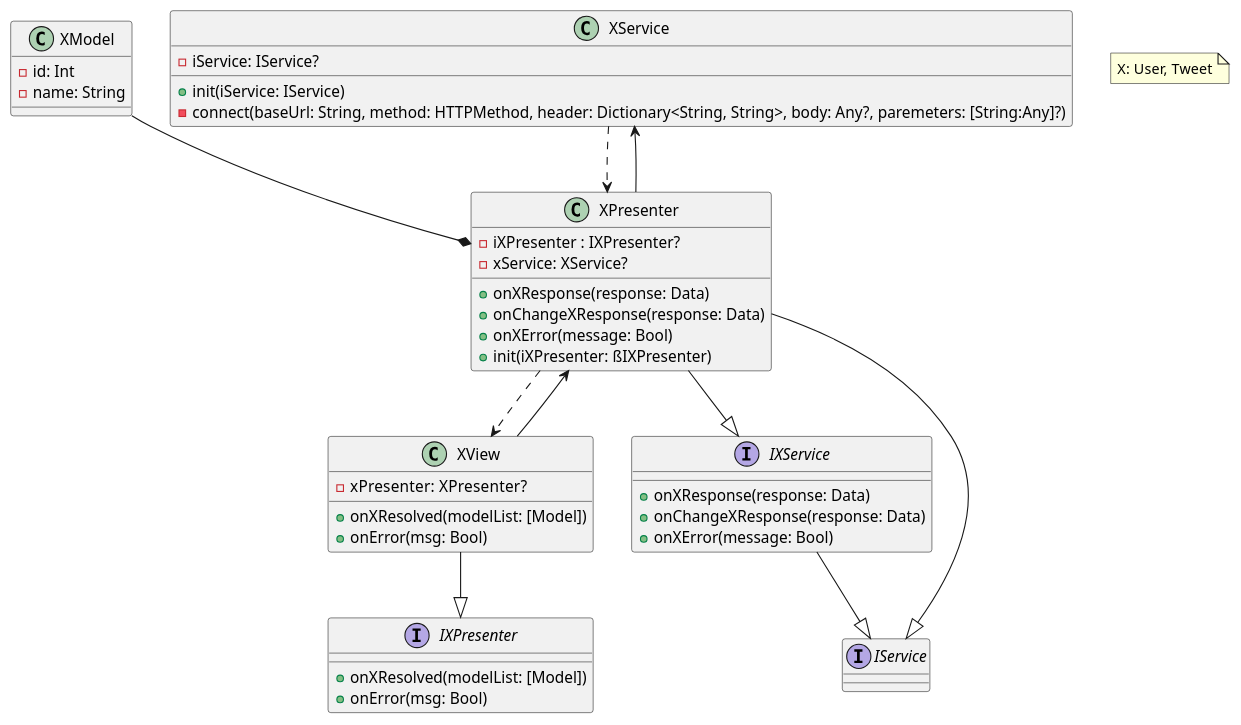
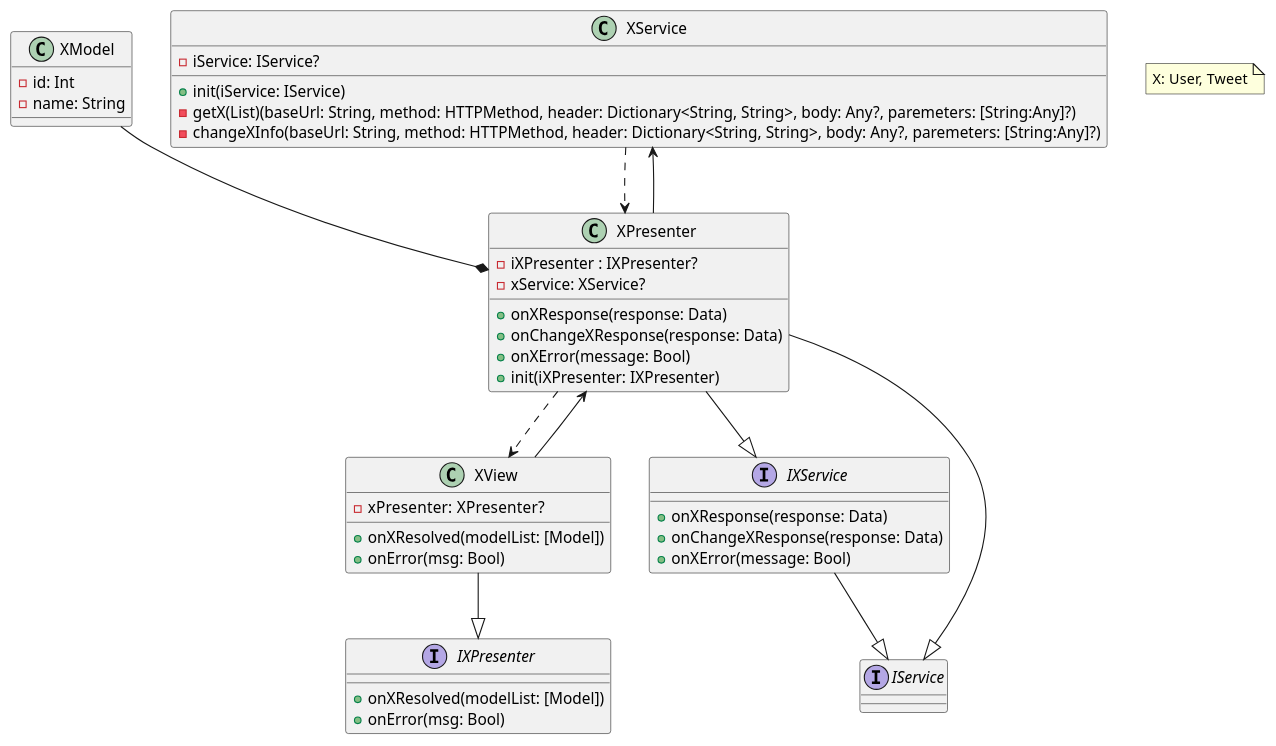
One commit to ahmettuztasi/TwitterAppMVP changed the diagram in TwitterAppMVP/Diagrams/classDiagram.md. Above: the diagram before and after it, drawn with PlantUML. The commit also changed 4 other files, not shown here.

```diff
--- a/TwitterAppMVP/Diagrams/classDiagram.md
+++ b/TwitterAppMVP/Diagrams/classDiagram.md
@@ -1,60 +1,61 @@
 @startuml
 
 class XModel {
 -id: Int
 -name: String
 }
 
 class XView {
 -xPresenter:  XPresenter?
 +onXResolved(modelList: [Model])
 +onError(msg: Bool)
 }
 
 class XPresenter {
 -iXPresenter : IXPresenter?
 -xService: XService?
 
 +onXResponse(response: Data)
 +onChangeXResponse(response: Data)
 +onXError(message: Bool)
-+init(iXPresenter: ßIXPresenter)
++init(iXPresenter: IXPresenter)
 }
 
 interface IXPresenter {
 +onXResolved(modelList: [Model])
 +onError(msg: Bool)
 }
 
 interface IXService {
 +onXResponse(response: Data)
 +onChangeXResponse(response: Data)
 +onXError(message: Bool)
 }
 
 class XService {
 -iService: IService?
 +init(iService: IService)
--connect(baseUrl: String, method: HTTPMethod, header: Dictionary<String, String>, body: Any?, paremeters: [String:Any]?)
+-getX(List)(baseUrl: String, method: HTTPMethod, header: Dictionary<String, String>, body: Any?, paremeters: [String:Any]?)
+-changeXInfo(baseUrl: String, method: HTTPMethod, header: Dictionary<String, String>, body: Any?, paremeters: [String:Any]?)
 }
 
 interface IService {
 }
 
 XPresenter --|> IXService
 
 XView --|> IXPresenter
 
 XModel --* XPresenter
 
 XView --> XPresenter
 XPresenter ..> XView
 
 XService ..> XPresenter
 XService <-- XPresenter
 
 XPresenter --|> IService
 IXService --|> IService
 
 note "X: User, Tweet" as N1
 @enduml
```
